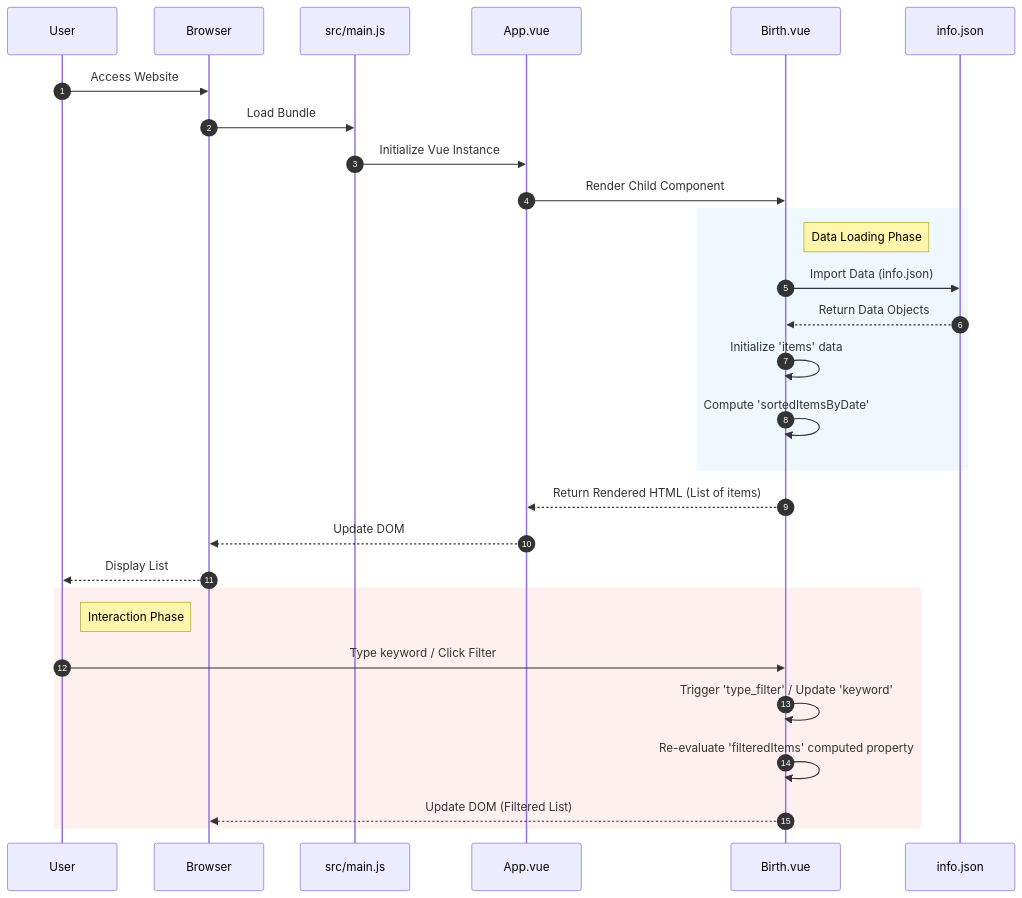
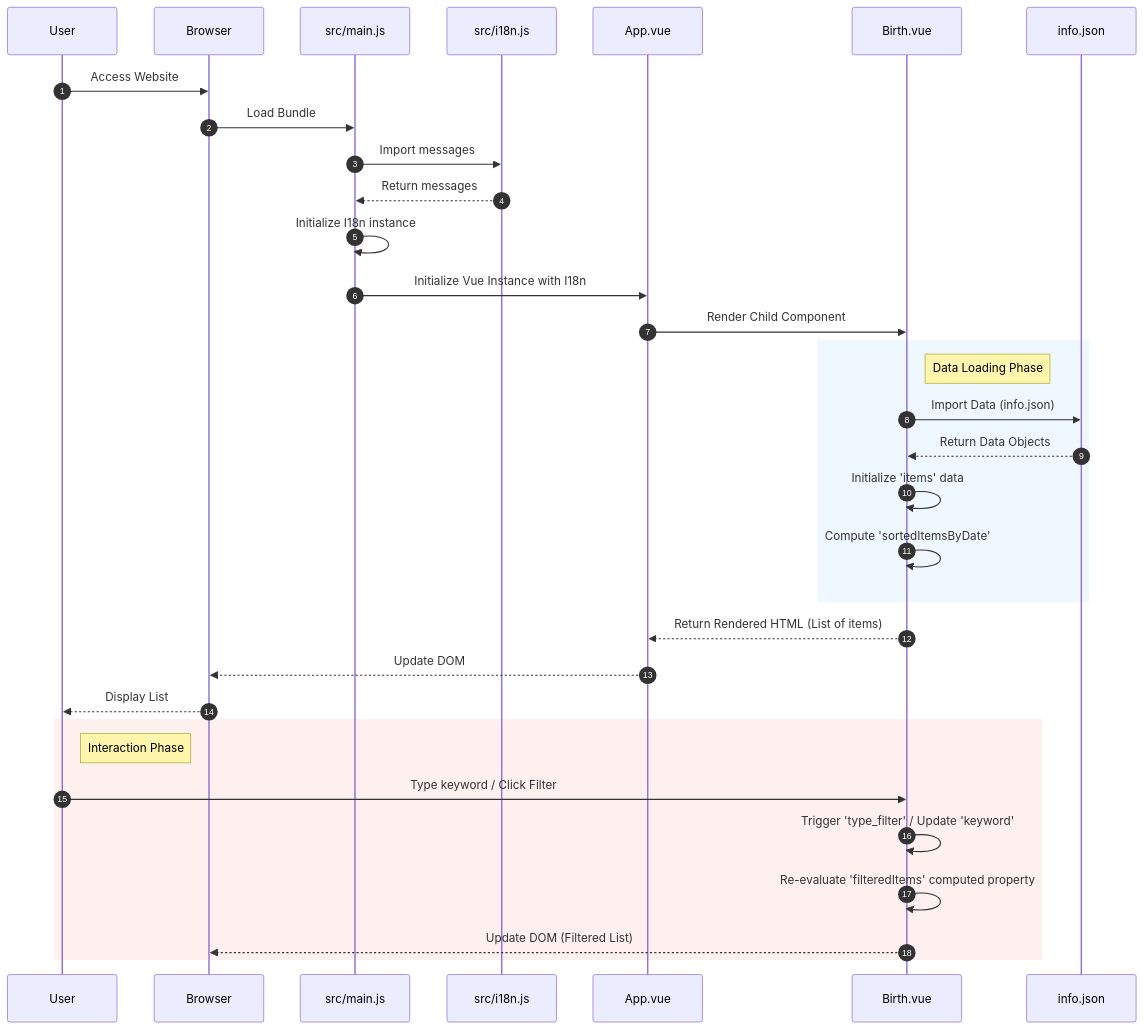
One commit to kanywst/thebirthofwebsites changed the diagram in GEMINI.md. Above: the diagram before and after it, drawn with Mermaid. The commit also changed other lines of this file and 64 other files, not shown here.

````diff
--- a/GEMINI.md
+++ b/GEMINI.md
@@ -37,35 +39,39 @@
 ```mermaid
 sequenceDiagram
     autonumber
     participant User
     participant Browser
     participant MainJS as src/main.js
+    participant I18n as src/i18n.js
     participant App as App.vue
     participant Birth as Birth.vue
     participant JSON as info.json
 
     User->>Browser: Access Website
     Browser->>MainJS: Load Bundle
-    MainJS->>App: Initialize Vue Instance
+    MainJS->>I18n: Import messages
+    I18n-->>MainJS: Return messages
+    MainJS->>MainJS: Initialize I18n instance
+    MainJS->>App: Initialize Vue Instance with I18n
     App->>Birth: Render Child Component
 
     rect rgb(240, 248, 255)
         note right of Birth: Data Loading Phase
         Birth->>JSON: Import Data (info.json)
         JSON-->>Birth: Return Data Objects
         Birth->>Birth: Initialize 'items' data
         Birth->>Birth: Compute 'sortedItemsByDate'
     end
 
     Birth-->>App: Return Rendered HTML (List of items)
     App-->>Browser: Update DOM
     Browser-->>User: Display List
 
     rect rgb(255, 240, 240)
         note right of User: Interaction Phase
         User->>Birth: Type keyword / Click Filter
         Birth->>Birth: Trigger 'type_filter' / Update 'keyword'
         Birth->>Birth: Re-evaluate 'filteredItems' computed property
         Birth-->>Browser: Update DOM (Filtered List)
     end
 ```
````
